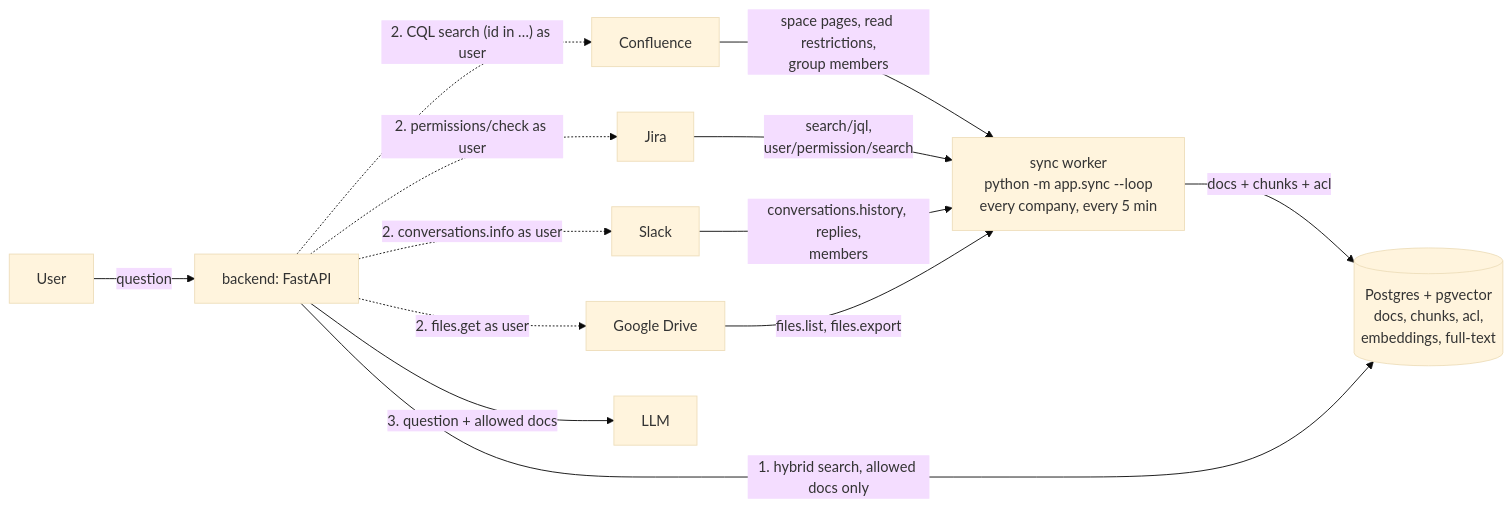
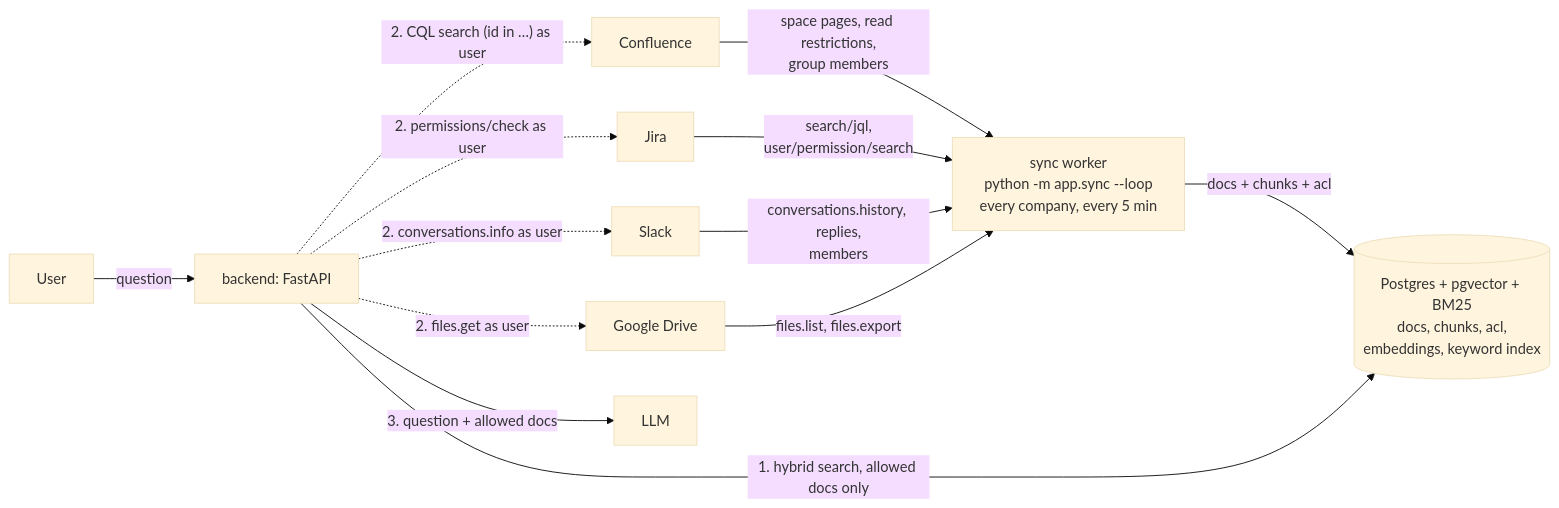
One commit to gabriel-wan/tencent-hackathon-fintech changed the diagram in docs/architecture/CONNECTORS.md. Above: the diagram before and after it, drawn with Mermaid (base theme). The commit also changed other lines of this file and 5 other files, not shown here.

````diff
--- a/docs/architecture/CONNECTORS.md
+++ b/docs/architecture/CONNECTORS.md
@@ -22,27 +22,27 @@
 ```mermaid
 flowchart LR
     CF["Confluence"]
     JI["Jira"]
     SL["Slack"]
     GD["Google Drive"]
 
     W["sync worker<br/>python -m app.sync --loop<br/>every company, every 5 min"]
-    DB[("Postgres + pgvector<br/>docs, chunks, acl,<br/>embeddings, full-text")]
+    DB[("Postgres + pgvector + BM25<br/>docs, chunks, acl,<br/>embeddings, keyword index")]
     API["backend: FastAPI"]
     U["User"]
     LLM["LLM"]
 
     CF -->|"space pages, read restrictions,<br/>group members"| W
     JI -->|"search/jql,<br/>user/permission/search"| W
     SL -->|"conversations.history, replies,<br/>members"| W
     GD -->|"files.list, files.export"| W
     W -->|"docs + chunks + acl"| DB
 
     U -->|"question"| API
     API -->|"1. hybrid search, allowed docs only"| DB
     API -.->|"2. CQL search (id in …) as user"| CF
     API -.->|"2. permissions/check as user"| JI
     API -.->|"2. conversations.info as user"| SL
     API -.->|"2. files.get as user"| GD
     API -->|"3. question + allowed docs"| LLM
 ```
````
